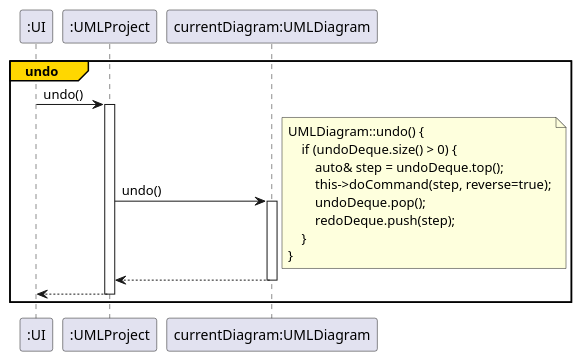
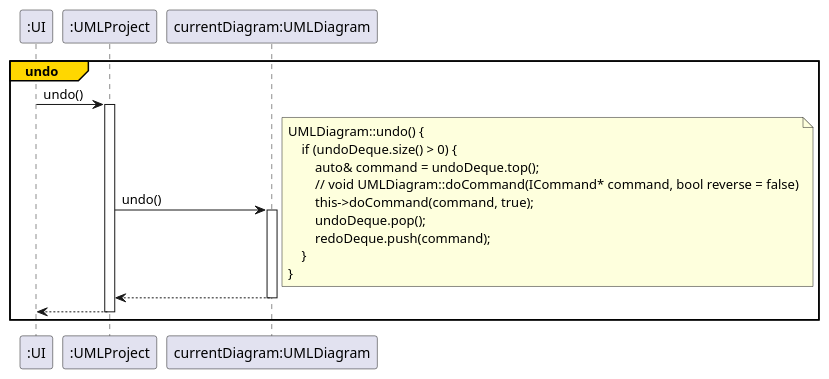
Diagram 13 of 17 in docs/graphs/ssd.iuml (Vghxv/Dr.UML__________________), drawn with PlantUML before and after one commit. The commit also changed other lines of this file and 4 other files, not shown here.

```diff
--- a/docs/graphs/ssd.iuml
+++ b/docs/graphs/ssd.iuml
@@ -277,21 +251,21 @@
 @startuml 
 /'undo'/
 autoactivate on
 group#gold #white undo
     ":UI" -> ":UMLProject" : undo()
     ":UMLProject" -> "currentDiagram:UMLDiagram" : undo()
     note right 
     UMLDiagram::undo() {
         if (undoDeque.size() > 0) {
-            auto& step = undoDeque.top();
-            this->doCommand(step, reverse=true);
+            auto& command = undoDeque.top();
+            // void UMLDiagram::doCommand(ICommand* command, bool reverse = false)
+            this->doCommand(command, true);
             undoDeque.pop();
-            redoDeque.push(step);
+            redoDeque.push(command);
         }
     }
     end note
     return
     return
 end undo
-
 @enduml
```
